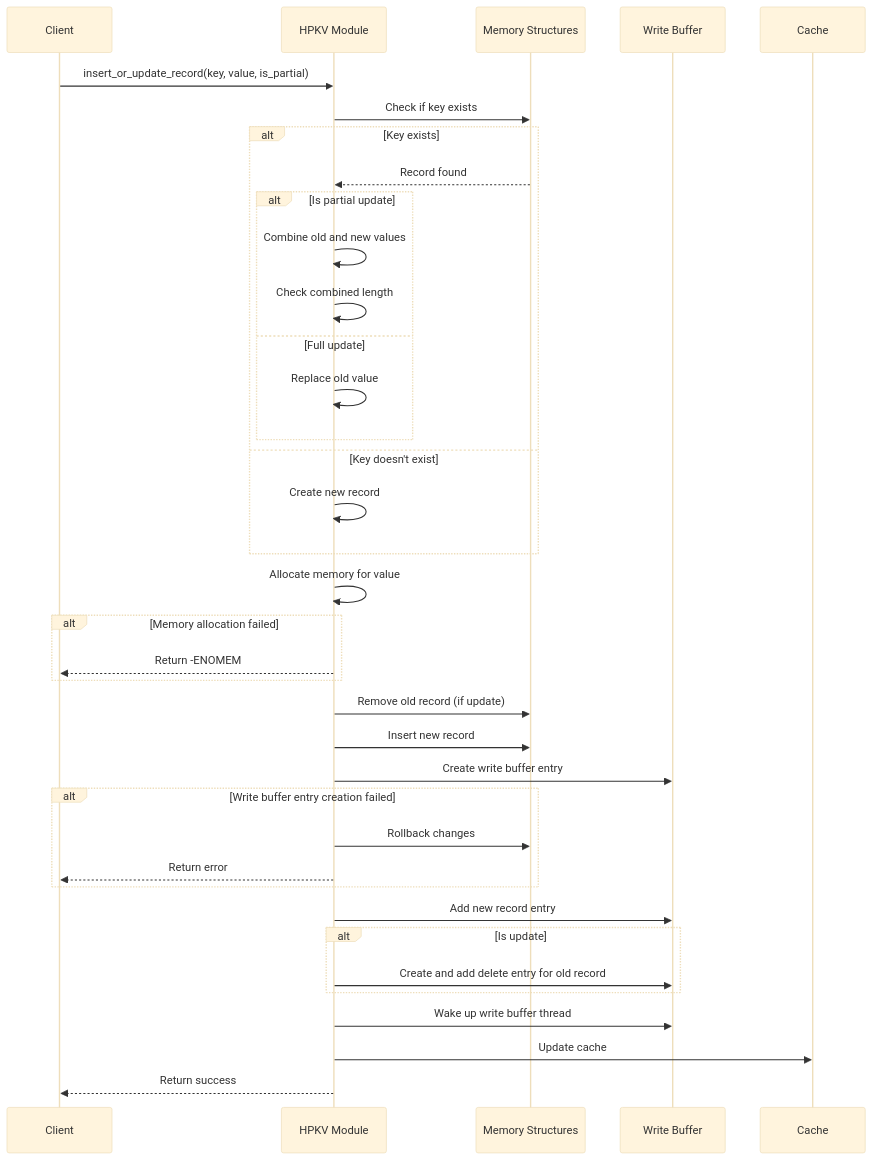
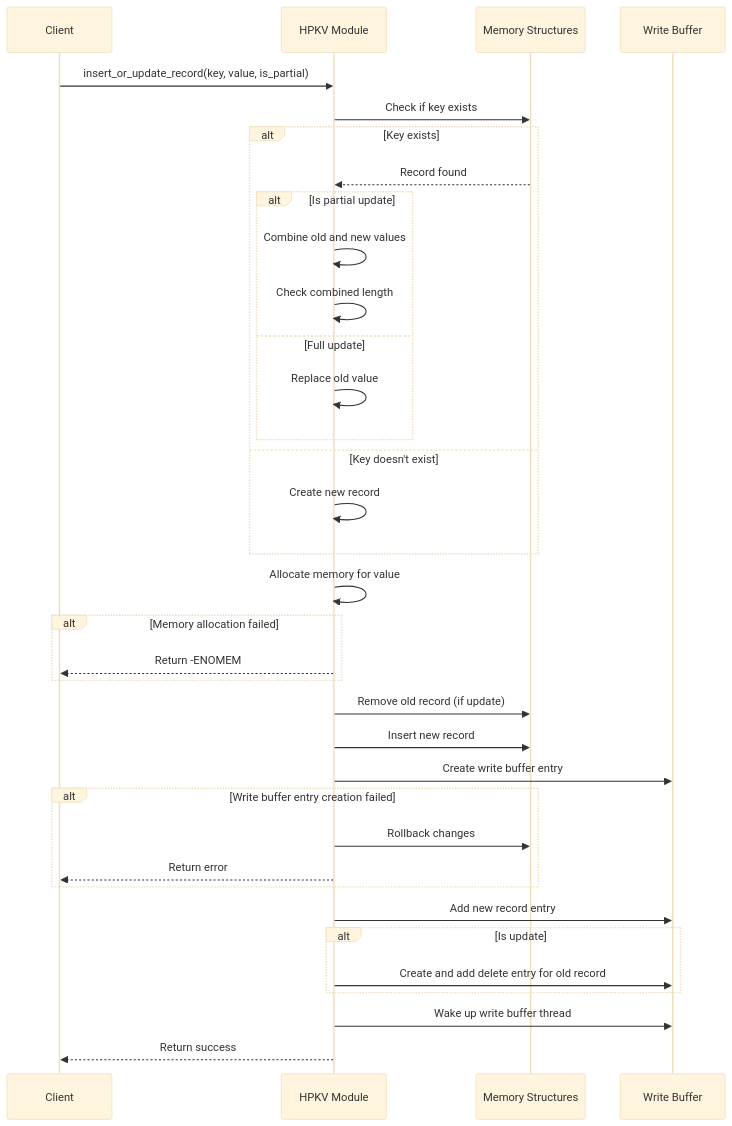
Before and after one commit to mehrantsi/high-performance-kv-store: the seventh of 12 diagrams in TechnicalDesign.md, drawn with Mermaid (base theme). The commit also changed other lines of this file, not shown here.

````diff
--- a/TechnicalDesign.md
+++ b/TechnicalDesign.md
@@ -552,40 +535,38 @@
 ```mermaid
 sequenceDiagram
     participant C as Client
     participant HPKV as HPKV Module
     participant M as Memory Structures
     participant WB as Write Buffer
-    participant Cache
 
     C->>HPKV: insert_or_update_record(key, value, is_partial)
     HPKV->>M: Check if key exists
     alt Key exists
         M-->>HPKV: Record found
         alt Is partial update
             HPKV->>HPKV: Combine old and new values
             HPKV->>HPKV: Check combined length
         else Full update
             HPKV->>HPKV: Replace old value
         end
     else Key doesn't exist
         HPKV->>HPKV: Create new record
     end
     HPKV->>HPKV: Allocate memory for value
     alt Memory allocation failed
         HPKV-->>C: Return -ENOMEM
     end
     HPKV->>M: Remove old record (if update)
     HPKV->>M: Insert new record
     HPKV->>WB: Create write buffer entry
     alt Write buffer entry creation failed
         HPKV->>M: Rollback changes
         HPKV-->>C: Return error
     end
     HPKV->>WB: Add new record entry
     alt Is update
         HPKV->>WB: Create and add delete entry for old record
     end
     HPKV->>WB: Wake up write buffer thread
-    HPKV->>Cache: Update cache
     HPKV-->>C: Return success
 ```
````
